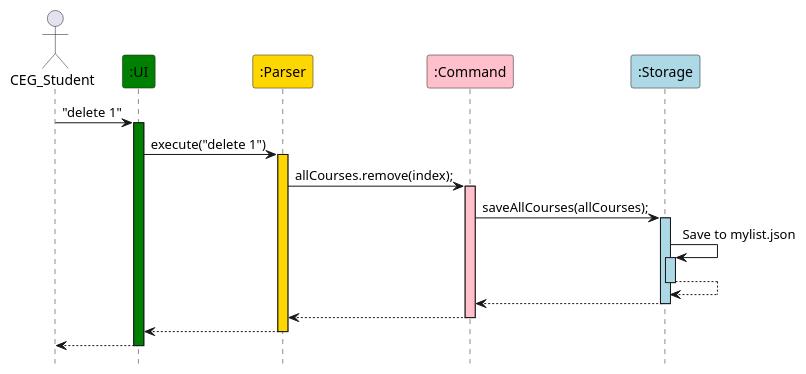
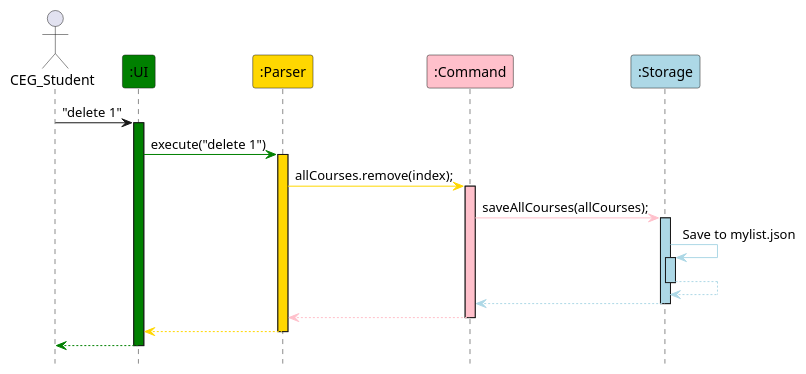
The diagram in uml-diagrams/DesignSequenceDiagram.puml (nus-cs2113-AY2425S1/tp), drawn with PlantUML before and after one commit. The commit also changed 5 other files, not shown here.

```diff
--- a/uml-diagrams/DesignSequenceDiagram.puml
+++ b/uml-diagrams/DesignSequenceDiagram.puml
@@ -1,39 +1,39 @@
 @startuml
 hide footbox
 
 actor CEG_Student
 participant ":UI" #green
 participant ":Parser" #gold
 participant ":Command" #pink
 participant ":Storage" #lightblue
 
 CEG_Student -> ":UI" : "delete 1"
 activate ":UI" #green
 
-":UI" -> ":Parser" : execute("delete 1")
+":UI" -[#green]> ":Parser" : execute("delete 1")
 activate ":Parser" #gold
 
-":Parser" -> ":Command" : allCourses.remove(index);
+":Parser" -[#gold]> ":Command" : allCourses.remove(index);
 activate ":Command" #pink
 
-":Command" -> ":Storage" : saveAllCourses(allCourses);
+":Command" -[#pink]> ":Storage" : saveAllCourses(allCourses);
 activate ":Storage" #lightblue
 
-":Storage" -> ":Storage" : Save to mylist.json
+":Storage" -[#lightblue]> ":Storage" : Save to mylist.json
 activate ":Storage" #lightblue
 
-":Storage" --> ":Storage"
+":Storage" -[#lightblue]-> ":Storage"
 deactivate ":Storage"
-":Storage" --> ":Command"
+":Storage" -[#lightblue]-> ":Command"
 deactivate ":Storage"
 
-":Command" --> ":Parser"
+":Command" -[#pink]-> ":Parser"
 deactivate ":Command"
 
-":Parser" --> ":UI"
+":Parser" -[#gold]-> ":UI"
 deactivate ":Parser"
 
-":UI" --> CEG_Student
+":UI" -[#green]-> CEG_Student
 deactivate ":UI"
 
 @enduml
```
